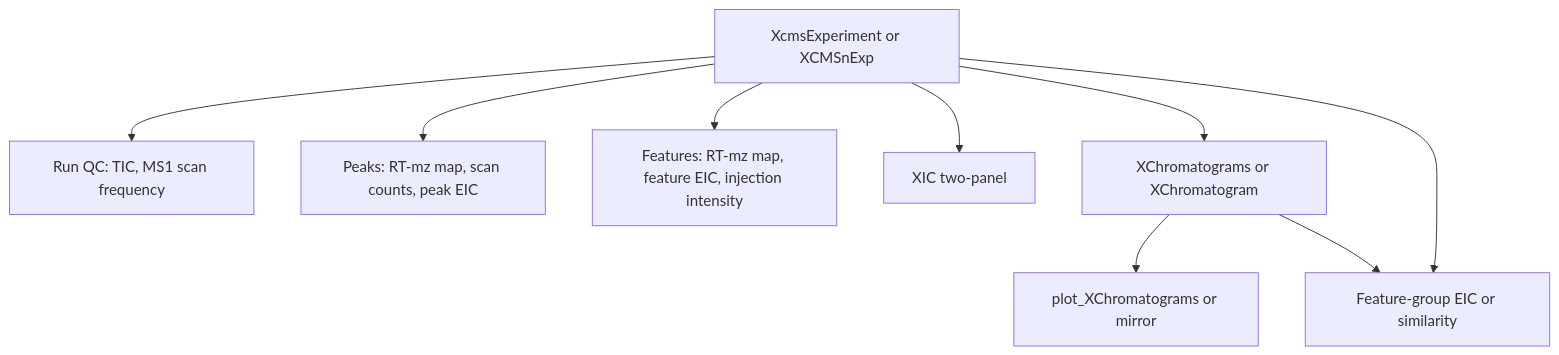
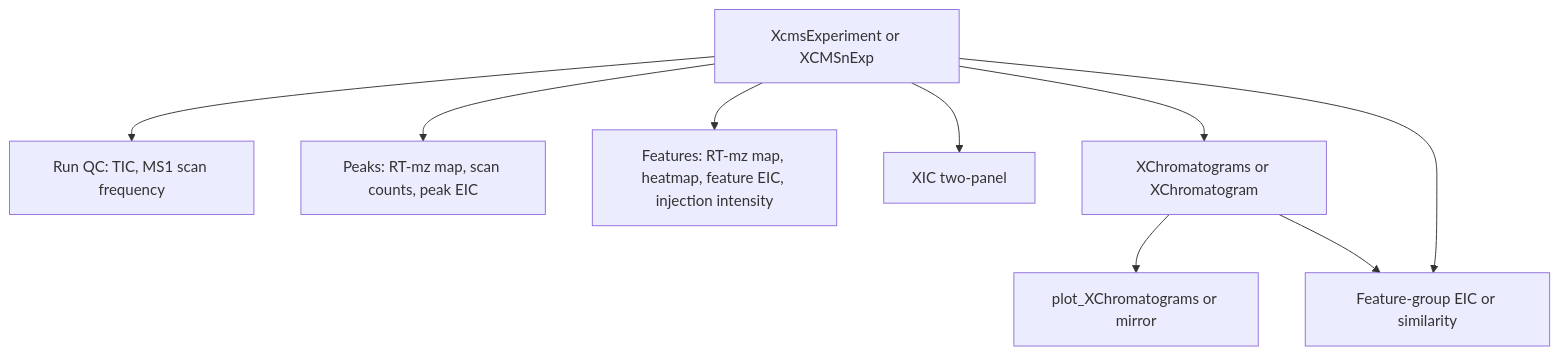
Before and after one commit to DrRuiLi/MSdev: the diagram in vignettes/articles/xcms-visualization.qmd, drawn with Mermaid. The commit also changed other lines of this file and 2 other files, not shown here.

First line of the commit message:
feat: Add heatmap visualization for xcms feature intensities

````diff
--- a/vignettes/articles/xcms-visualization.qmd
+++ b/vignettes/articles/xcms-visualization.qmd
@@ -31,20 +31,20 @@
 ```{mermaid}
 %%| eval: true
 flowchart TD
   xcms["XcmsExperiment or XCMSnExp"]
   chrom["XChromatograms or XChromatogram"]
   qc["Run QC: TIC, MS1 scan frequency"]
   peaks["Peaks: RT-mz map, scan counts, peak EIC"]
-  feats["Features: RT-mz map, feature EIC, injection intensity"]
+  feats["Features: RT-mz map, heatmap, feature EIC, injection intensity"]
   xic["XIC two-panel"]
   overlay["plot_XChromatograms or mirror"]
   fg["Feature-group EIC or similarity"]
   xcms --> qc
   xcms --> peaks
   xcms --> feats
   xcms --> xic
   xcms --> chrom
   chrom --> overlay
   xcms --> fg
   chrom --> fg
 ```
````
